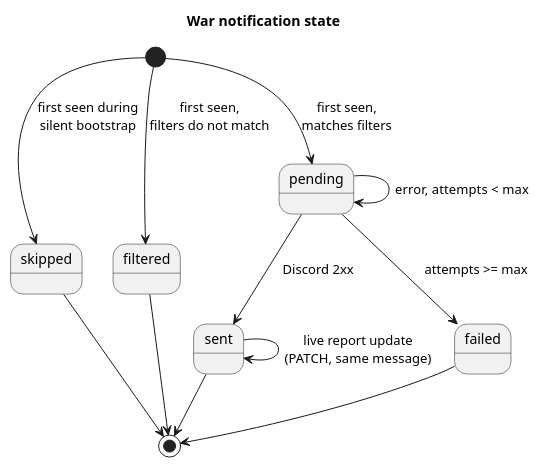
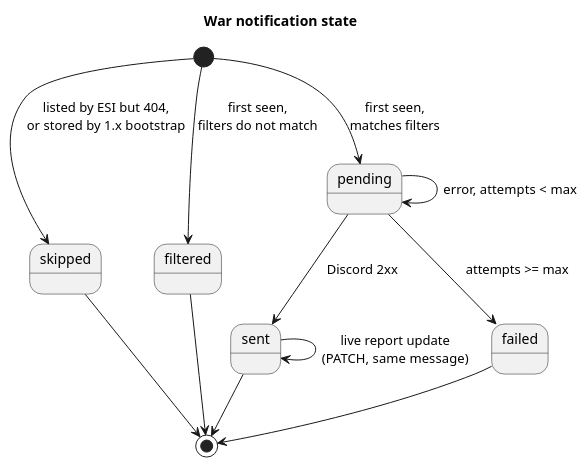
One commit to Headruner/eve-war-bot changed the fourth of 5 diagrams in README.md. Above: the diagram before and after it, drawn with PlantUML. The commit also changed other lines of this file and 59 other files, not shown here.

````diff
--- a/README.md
+++ b/README.md
@@ -429,16 +443,16 @@
 ```plantuml
 @startuml
 title War notification state
-[*] --> skipped  : first seen during\nsilent bootstrap
+[*] --> skipped  : listed by ESI but 404,\nor stored by 1.x bootstrap
 [*] --> filtered : first seen,\nfilters do not match
 [*] --> pending  : first seen,\nmatches filters
 pending --> sent    : Discord 2xx
 pending --> pending : error, attempts < max
 pending --> failed  : attempts >= max
 sent --> sent : live report update\n(PATCH, same message)
 sent --> [*]
 skipped --> [*]
 filtered --> [*]
 failed --> [*]
 @enduml
 ```
````
